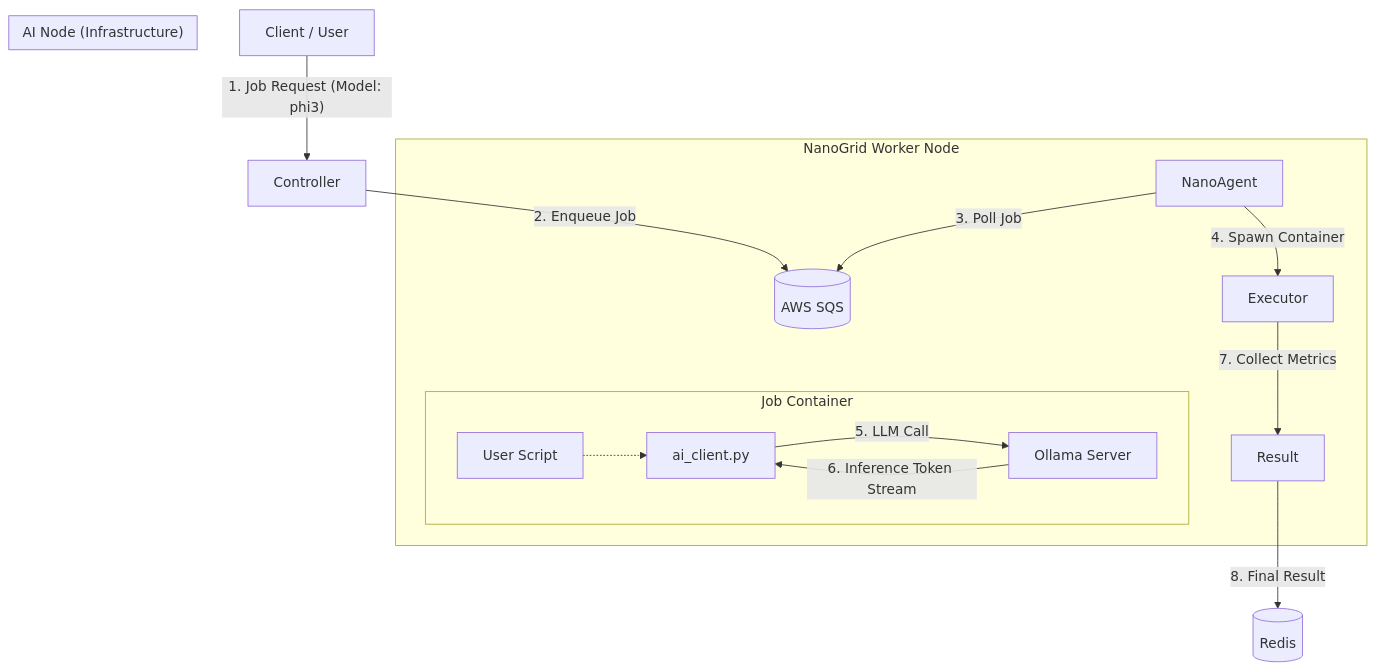
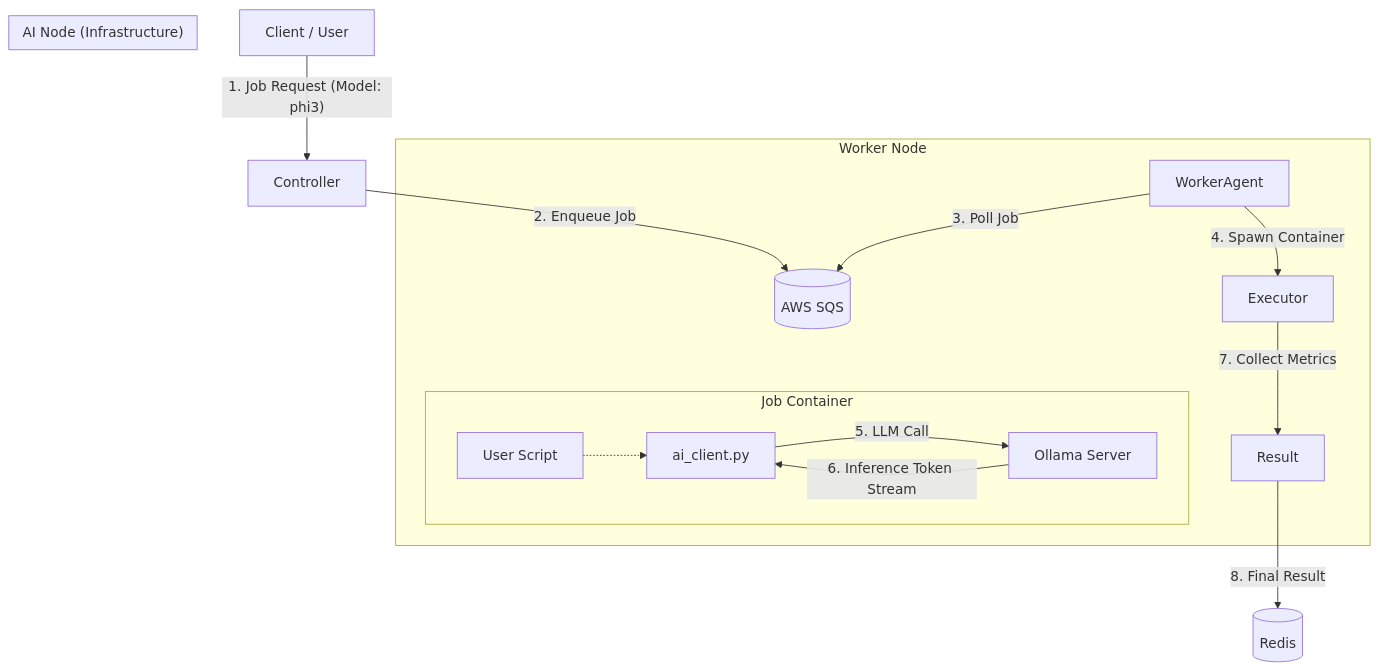
The diagram in README.md (sangmu1126/FaaS-Platform), drawn with Mermaid before and after one commit. The commit also changed other lines of this file, not shown here.

````diff
--- a/README.md
+++ b/README.md
@@ -13,23 +13,23 @@
 ```mermaid
 graph TD
     Client["Client / User"] -->|"1. Job Request (Model: phi3)"| Controller
     Controller -->|"2. Enqueue Job"| SQS[(AWS SQS)]
     
-    subgraph "NanoGrid Worker Node"
-        Agent[NanoAgent] -->|"3. Poll Job"| SQS
+    subgraph "Worker Node"
+        Agent[WorkerAgent] -->|"3. Poll Job"| SQS
         Agent -->|"4. Spawn Container"| Executor
         
         subgraph "Job Container"
             SDK[ai_client.py] -->|"5. LLM Call"| AI_Node
             UserCode[User Script] -.-> SDK
         end
         
         Executor -->|"7. Collect Metrics"| Result
     end
     
     subgraph "AI Node (Infrastructure)"
         AI_Node[Ollama Server] -->|"6. Inference Token Stream"| SDK
     end
 
     Result -->|"8. Final Result"| Redis[(Redis)]
 ```
````
